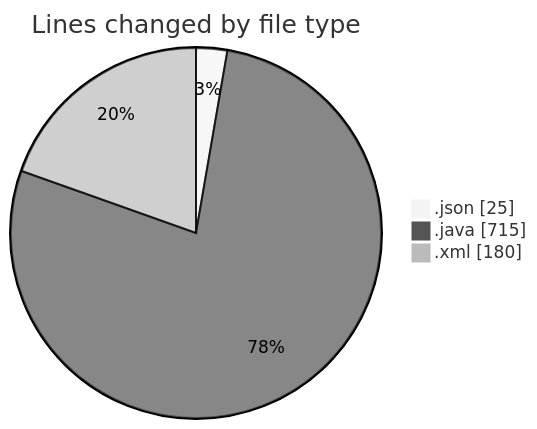
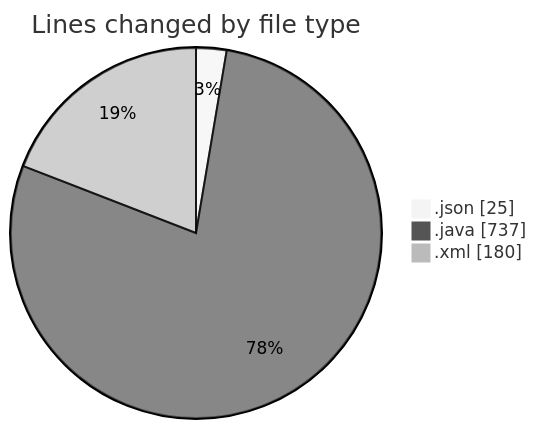
Before and after one commit to charlie-sans/code-tracking: the first of 2 diagrams in 2025-02-23/codepack/README.md, drawn with Mermaid (neutral theme). The commit also changed other lines of this file and 1 other file, not shown here.

````diff
--- a/2025-02-23/codepack/README.md
+++ b/2025-02-23/codepack/README.md
@@ -25,7 +25,7 @@
 ```mermaid
 pie showData
 title Lines changed by file type
 ".json" : 25
-".java" : 715
+".java" : 737
 ".xml" : 180
 ```
````
